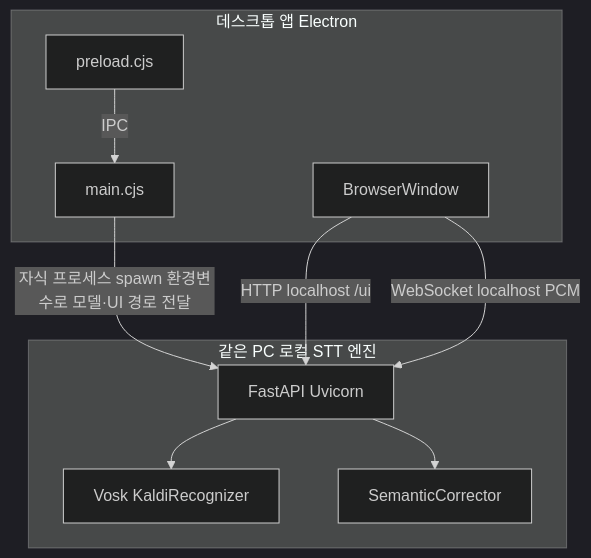
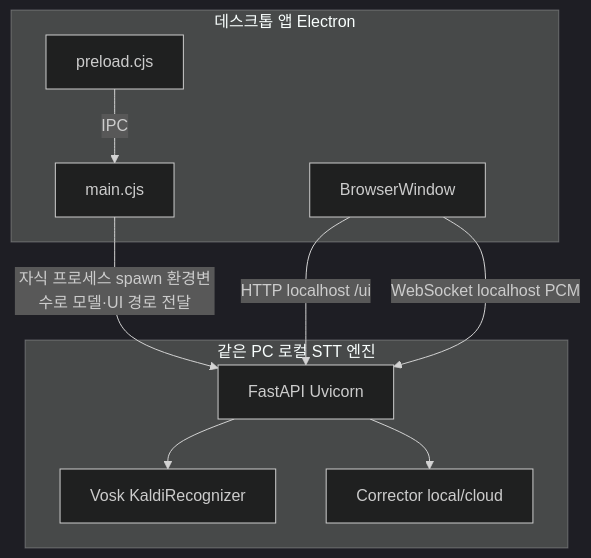
The diagram in README.md (Pura2d/STT), drawn with Mermaid (dark theme) before and after one commit. The commit also changed other lines of this file and 3 other files, not shown here.

First line of the commit message:
Add switchable local/cloud text correction backends.

````diff
--- a/README.md
+++ b/README.md
@@ -73,19 +73,19 @@
 ```mermaid
 flowchart TB
   subgraph desktop [데스크톱 앱 Electron]
     M[main.cjs]
     P[preload.cjs]
     W[BrowserWindow]
   end
   subgraph local [같은 PC 로컬 STT 엔진]
     F[FastAPI Uvicorn]
     V[Vosk KaldiRecognizer]
-    C[SemanticCorrector]
+    C[Corrector local/cloud]
   end
   M -->|"자식 프로세스 spawn 환경변수로 모델·UI 경로 전달"| F
   W -->|"HTTP localhost /ui"| F
   W -->|"WebSocket localhost PCM"| F
   F --> V
   F --> C
   P -->|"IPC"| M
 ```
````
